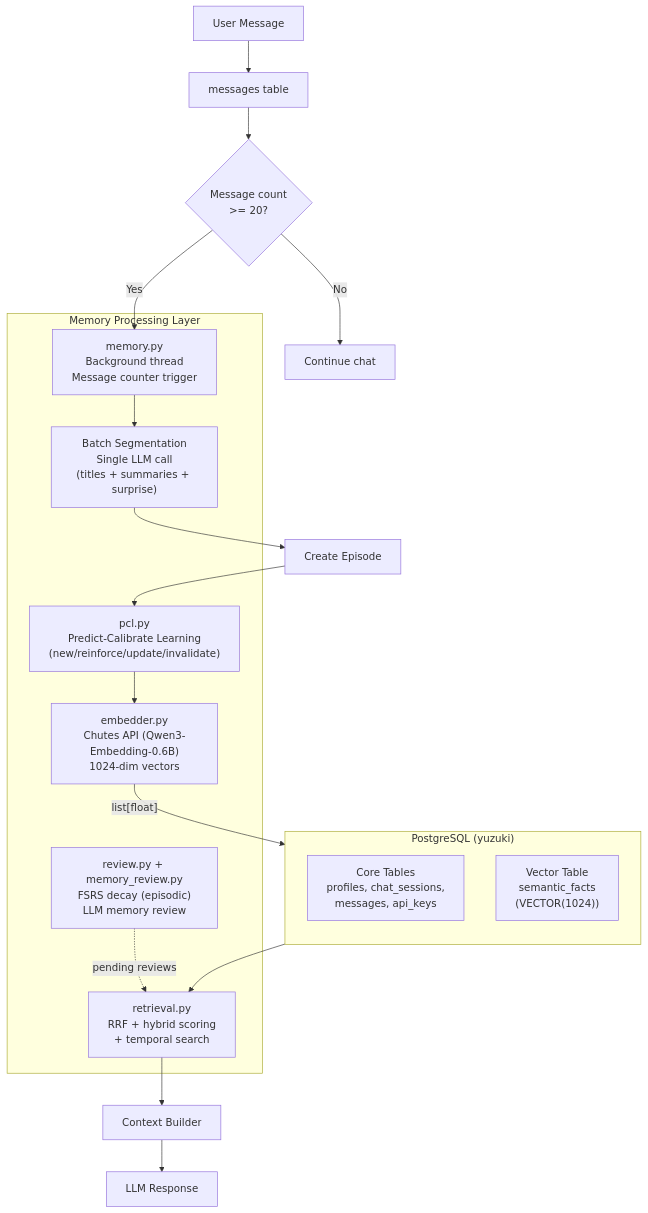
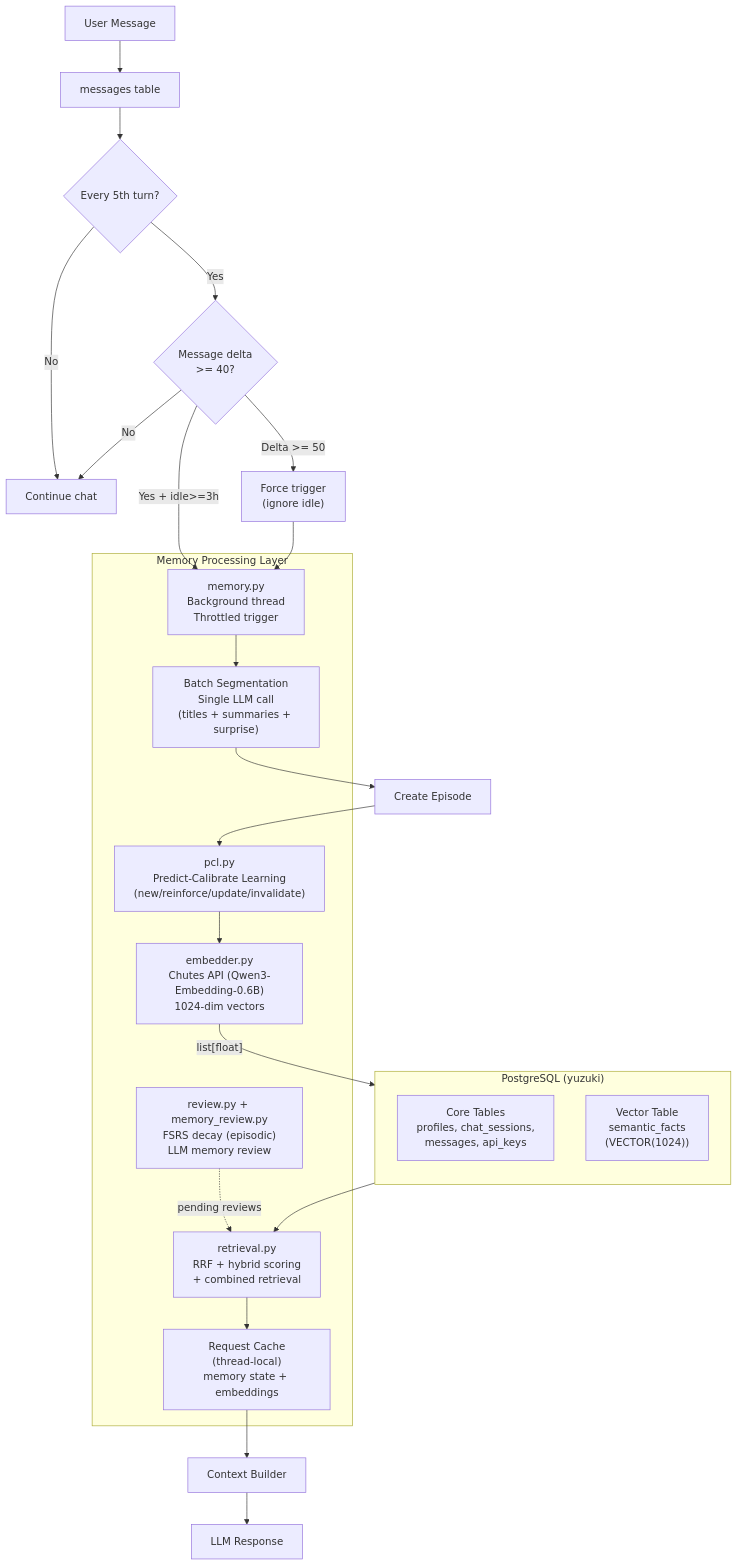
The first of 4 diagrams in app/memory/docs/architecture.md (icedeyes12/yuzu-core), drawn with Mermaid before and after one commit. The commit also changed other lines of this file and 7 other files, not shown here.

First line of the commit message:
perf(memory): reduce per-turn API calls 70-80%

````diff
--- a/app/memory/docs/architecture.md
+++ b/app/memory/docs/architecture.md
@@ -13,31 +13,37 @@
 ```mermaid
 flowchart TB
     subgraph PostgreSQL["PostgreSQL (yuzuki)"]
         direction TB
         PG_CORE["Core Tables\nprofiles, chat_sessions,\nmessages, api_keys"]
         PG_VECTOR["Vector Table\nsemantic_facts\n(VECTOR(1024))"]
     end
 
     subgraph MemoryLayer["Memory Processing Layer"]
         EMBED["embedder.py\nChutes API (Qwen3-Embedding-0.6B)\n1024-dim vectors"]
-        PIPELINE["memory.py\nBackground thread\nMessage counter trigger"]
+        CACHE["Request Cache\n(thread-local)\nmemory state + embeddings"]
+        PIPELINE["memory.py\nBackground thread\nThrottled trigger"]
         BATCH["Batch Segmentation\nSingle LLM call\n(titles + summaries + surprise)"]
         PCL["pcl.py\nPredict-Calibrate Learning\n(new/reinforce/update/invalidate)"]
-        RETRIEVE["retrieval.py\nRRF + hybrid scoring\n+ temporal search"]
+        RETRIEVE["retrieval.py\nRRF + hybrid scoring\n+ combined retrieval"]
         REVIEW["review.py + memory_review.py\nFSRS decay (episodic)\nLLM memory review"]
     end
 
     USER["User Message"] --> MSG["messages table"]
-    MSG --> COUNTER{"Message count\n>= 20?"}
-    COUNTER -->|Yes| PIPELINE
-    COUNTER -->|No| CONTINUE["Continue chat"]
+    MSG --> THROTTLE{"Every 5th turn?"}
+    THROTTLE -->|No| CONTINUE["Continue chat"]
+    THROTTLE -->|Yes| COUNTER{"Message delta\n>= 40?"}
+    COUNTER -->|Yes + idle>=3h| PIPELINE
+    COUNTER -->|Delta >= 50| FORCE["Force trigger\n(ignore idle)"]
+    COUNTER -->|No| CONTINUE
+    FORCE --> PIPELINE
     PIPELINE --> BATCH
     BATCH --> EPISODE["Create Episode"]
     EPISODE --> PCL
     PCL --> EMBED
     EMBED -->|"list[float]"| PG_VECTOR
     PG_VECTOR --> RETRIEVE
-    RETRIEVE --> CONTEXT["Context Builder"]
+    RETRIEVE --> CACHE
+    CACHE --> CONTEXT["Context Builder"]
     CONTEXT --> LLM["LLM Response"]
     REVIEW -.->|pending reviews| RETRIEVE
 ```
````
